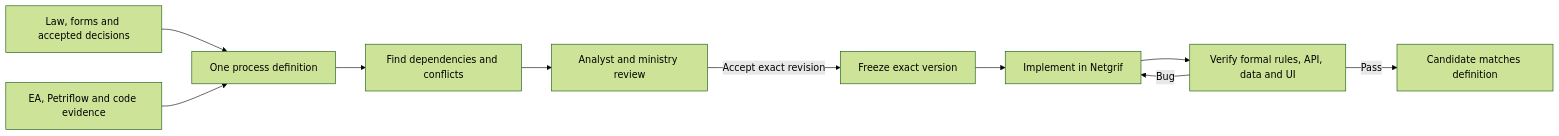
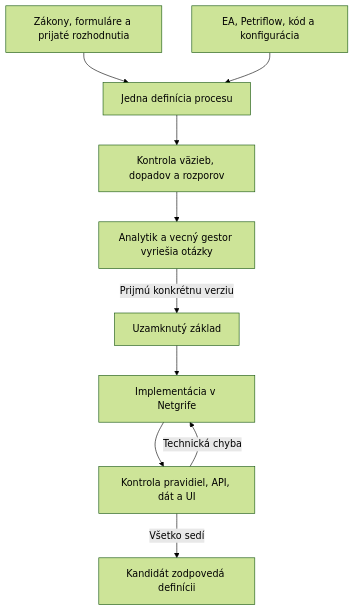
One commit to fixerivan/mudu-process-definition-standard changed the diagram in README.md. Above: the diagram before and after it, drawn with Mermaid (forest theme). The commit also changed other lines of this file and 10 other files, not shown here.

````diff
--- a/README.md
+++ b/README.md
@@ -65,12 +108,12 @@
 ```mermaid
-graph LR
-    E["Law, forms and accepted decisions"] --> D["One process definition"]
-    I["EA, Petriflow and code evidence"] --> D
-    D --> G["Find dependencies and conflicts"]
-    G --> R["Analyst and ministry review"]
-    R -->|Accept exact revision| F["Freeze exact version"]
-    F --> P["Implement in Netgrif"]
-    P --> V["Verify formal rules, API, data and UI"]
-    V -->|Pass| C["Candidate matches definition"]
-    V -->|Bug| P
+graph TD
+    E["Zákony, formuláre a prijaté rozhodnutia"] --> D["Jedna definícia procesu"]
+    I["EA, Petriflow, kód a konfigurácia"] --> D
+    D --> G["Kontrola väzieb, dopadov a rozporov"]
+    G --> R["Analytik a vecný gestor vyriešia otázky"]
+    R -->|Prijmú konkrétnu verziu| F["Uzamknutý základ"]
+    F --> P["Implementácia v Netgrife"]
+    P --> V["Kontrola pravidiel, API, dát a UI"]
+    V -->|Všetko sedí| C["Kandidát zodpovedá definícii"]
+    V -->|Technická chyba| P
 ```
````
